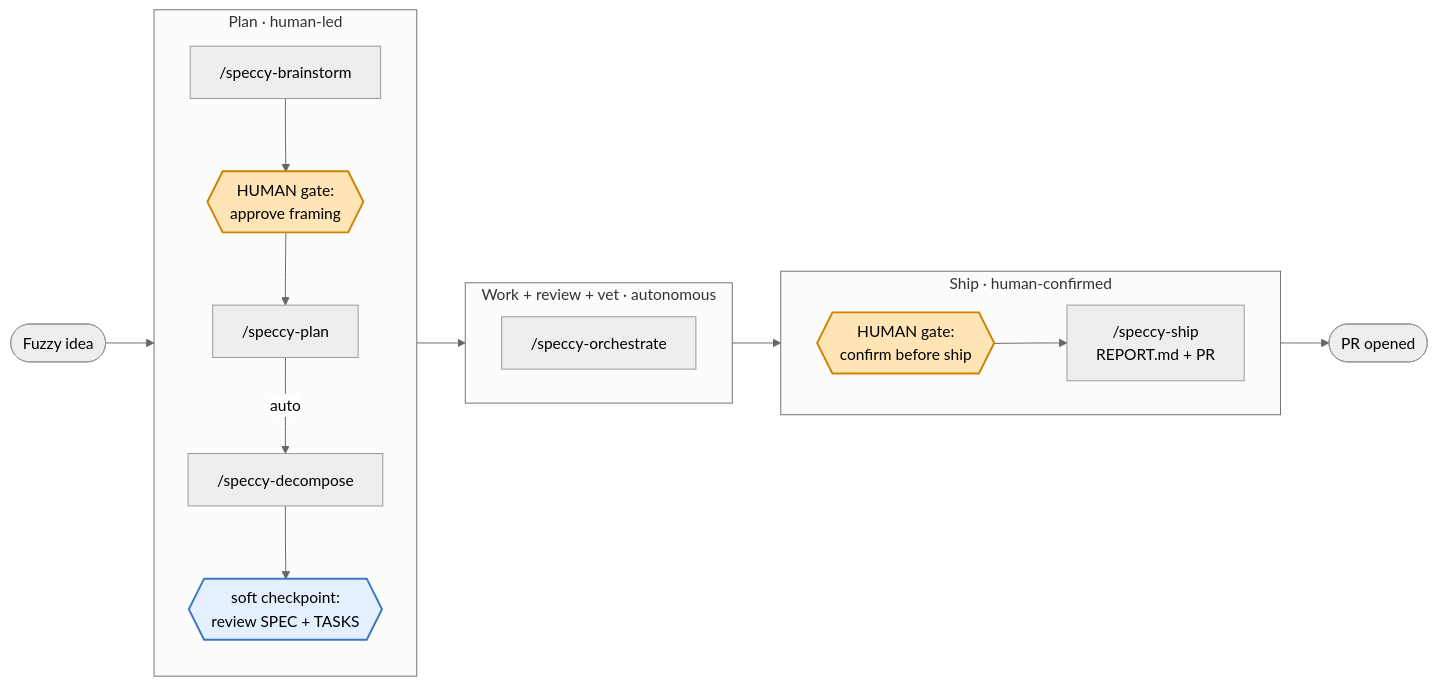
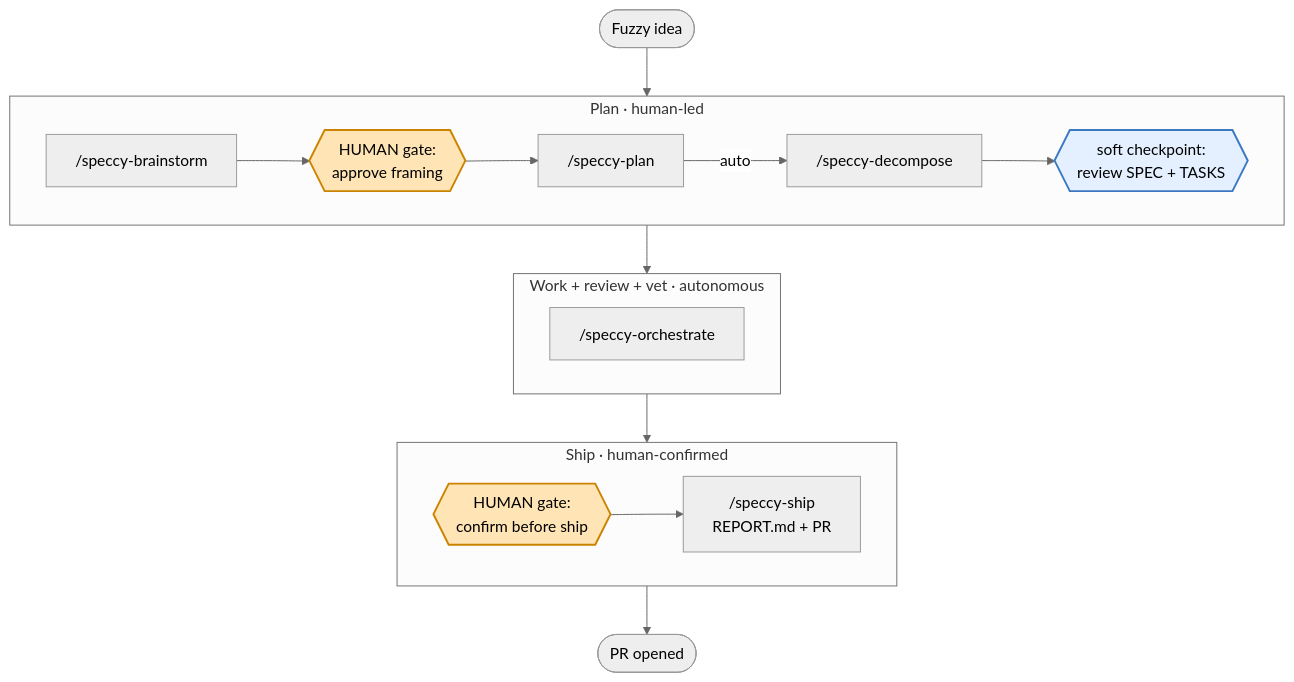
Before and after one commit to kvnxiao/speccy: the diagram in README.md, drawn with Mermaid (neutral theme).

Commit message:
Stack zones vertically, each flowing left-to-right
Set the flowchart to TB so the Plan/Loop/Ship zones stack top-to-bottom,
with every subgraph on direction LR so its nodes flow left-to-right
within the block.

````diff
--- a/README.md
+++ b/README.md
@@ -98,36 +98,36 @@
 ```mermaid
-flowchart LR
+flowchart TB
     Idea([Fuzzy idea])
 
     subgraph Plan [Plan · human-led]
-      direction TB
+      direction LR
       Brain["/speccy-brainstorm"]
       G1{{HUMAN gate:<br/>approve framing}}
       PlanCmd["/speccy-plan"]
       Decomp["/speccy-decompose"]
       C1{{soft checkpoint:<br/>review SPEC + TASKS}}
       Brain --> G1 --> PlanCmd -->|auto| Decomp --> C1
     end
 
     subgraph Loop [Work + review + vet · autonomous]
       direction LR
       Orch["/speccy-orchestrate"]
     end
 
     subgraph Ship [Ship · human-confirmed]
       direction LR
       G2{{HUMAN gate:<br/>confirm before ship}}
       ShipCmd["/speccy-ship<br/>REPORT.md + PR"]
       G2 --> ShipCmd
     end
 
     Idea --> Brain
     C1 --> Orch
     Orch --> G2
     ShipCmd --> Done([PR opened])
 
     classDef human fill:#ffe4b5,stroke:#cc8400,stroke-width:2px,color:#000
     class G1,G2 human
     classDef soft fill:#e4f0ff,stroke:#3b78c2,stroke-width:2px,color:#000
     class C1 soft
 ```
````
